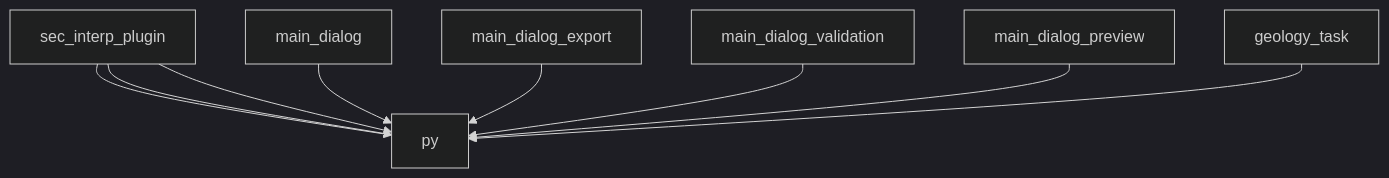
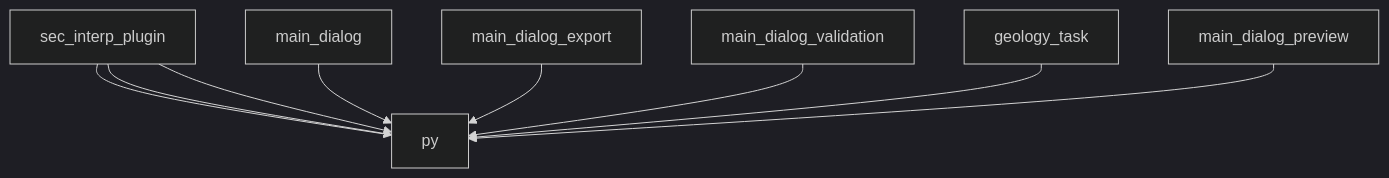
The diagram in AI_CONTEXT.md (geociencio/sec_interp), drawn with Mermaid (dark theme) before and after one commit. The commit also changed other lines of this file and 15 other files, not shown here.

````diff
--- a/AI_CONTEXT.md
+++ b/AI_CONTEXT.md
@@ -115,11 +115,11 @@
 ```mermaid
 graph TD
     sec_interp_plugin --> py
     sec_interp_plugin --> py
     sec_interp_plugin --> py
     main_dialog --> py
     main_dialog_export --> py
     main_dialog_validation --> py
+    geology_task --> py
     main_dialog_preview --> py
-    geology_task --> py
 ```
````
